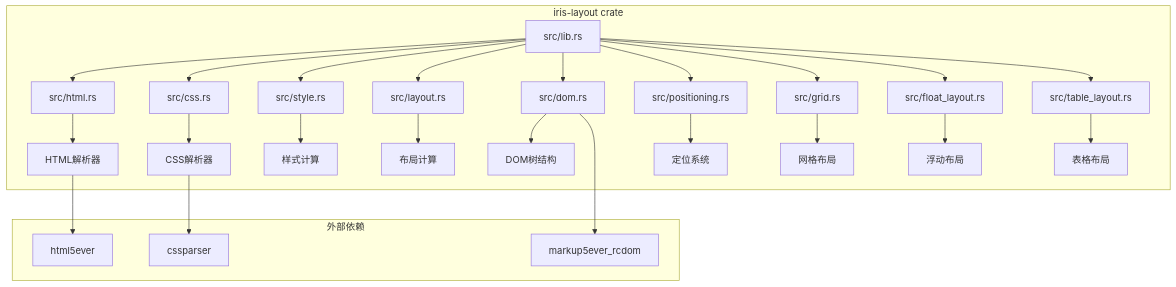
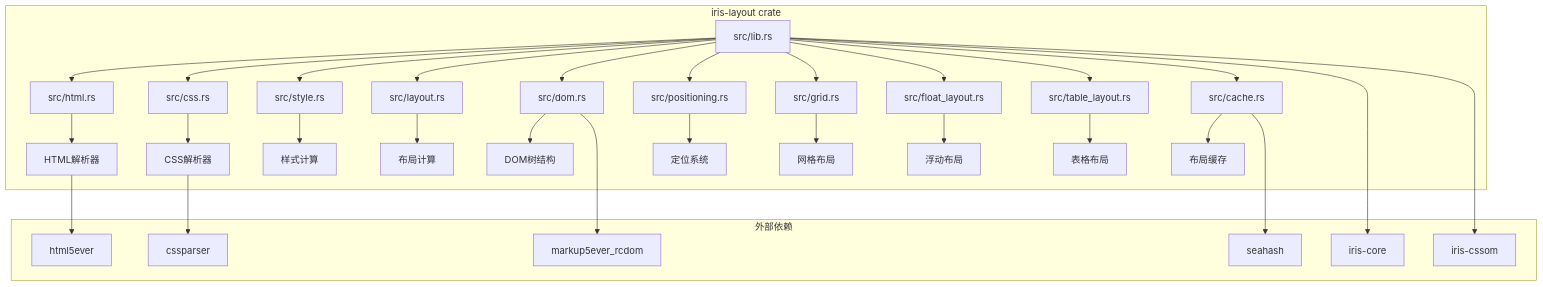
One commit to itszzl-sudo/iris changed the first of 20 diagrams in .qoder/repowiki/zh/content/技术架构详解/布局样式系统/iris-layout布局引擎/iris-layout布局引擎.md. Above: the diagram before and after it, drawn with Mermaid. The commit also changed other lines of this file and 8 other files, not shown here.

````diff
--- a/.qoder/repowiki/zh/content/技术架构详解/布局样式系统/iris-layout布局引擎/iris-layout布局引擎.md
+++ b/.qoder/repowiki/zh/content/技术架构详解/布局样式系统/iris-layout布局引擎/iris-layout布局引擎.md
@@ -59,31 +62,39 @@
 ```mermaid
 graph TB
 subgraph "iris-layout crate"
 A[src/lib.rs] --> B[src/html.rs]
 A --> C[src/css.rs]
 A --> D[src/style.rs]
 A --> E[src/layout.rs]
 A --> F[src/dom.rs]
 A --> G[src/positioning.rs]
 A --> H[src/grid.rs]
 A --> I[src/float_layout.rs]
 A --> J[src/table_layout.rs]
-B --> K[HTML解析器]
-C --> L[CSS解析器]
-D --> M[样式计算]
-E --> N[布局计算]
-F --> O[DOM树结构]
-G --> P[定位系统]
-H --> Q[网格布局]
-I --> R[浮动布局]
-J --> S[表格布局]
+A --> K[src/cache.rs]
+B --> L[HTML解析器]
+C --> M[CSS解析器]
+D --> N[样式计算]
+E --> O[布局计算]
+F --> P[DOM树结构]
+G --> Q[定位系统]
+H --> R[网格布局]
+I --> S[浮动布局]
+J --> T[表格布局]
+K --> U[布局缓存]
 end
 subgraph "外部依赖"
-T[html5ever]
-U[cssparser]
-V[markup5ever_rcdom]
+V[html5ever]
+W[cssparser]
+X[markup5ever_rcdom]
+Y[iris-core]
+Z[iris-cssom]
+AA[seahash]
 end
-K --> T
-L --> U
-F --> V
+L --> V
+M --> W
+F --> X
+A --> Y
+A --> Z
+K --> AA
 ```
````
